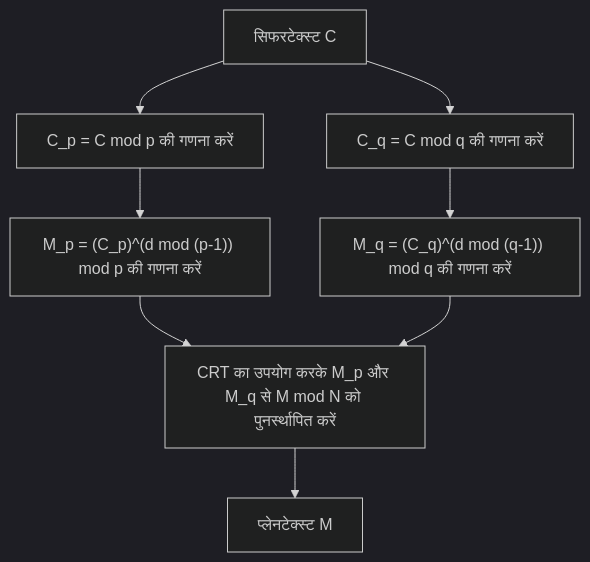
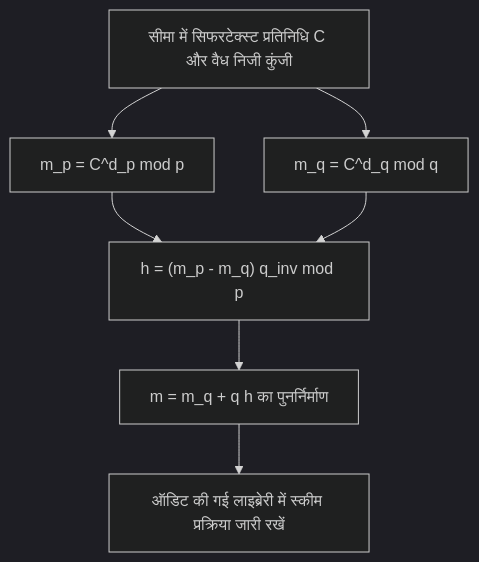
One commit to kenjinote/blog changed the diagram in content/post/chinese-remainder-theorem/index.hi.md. Above: the diagram before and after it, drawn with Mermaid (dark theme). The commit also changed other lines of this file and 6 other files, not shown here.

````diff
--- a/content/post/chinese-remainder-theorem/index.hi.md
+++ b/content/post/chinese-remainder-theorem/index.hi.md
@@ -128,10 +133,9 @@
 ```mermaid
-graph TD
-    A["सिफरटेक्स्ट C"] --> B["C_p = C mod p की गणना करें"]
-    A --> C["C_q = C mod q की गणना करें"]
-    B --> D["M_p = (C_p)^(d mod (p-1)) mod p की गणना करें"]
-    C --> E["M_q = (C_q)^(d mod (q-1)) mod q की गणना करें"]
-    D --> F["CRT का उपयोग करके M_p और M_q से M mod N को पुनर्स्थापित करें"]
-    E --> F
-    F --> G["प्लेनटेक्स्ट M"]
+flowchart TD
+    A["सीमा में सिफरटेक्स्ट प्रतिनिधि C और वैध निजी कुंजी"] --> B["m_p = C^d_p mod p"]
+    A --> C["m_q = C^d_q mod q"]
+    B --> D["h = (m_p - m_q) q_inv mod p"]
+    C --> D
+    D --> E["m = m_q + q h का पुनर्निर्माण"]
+    E --> F["ऑडिट की गई लाइब्रेरी में स्कीम प्रक्रिया जारी रखें"]
 ```
````
